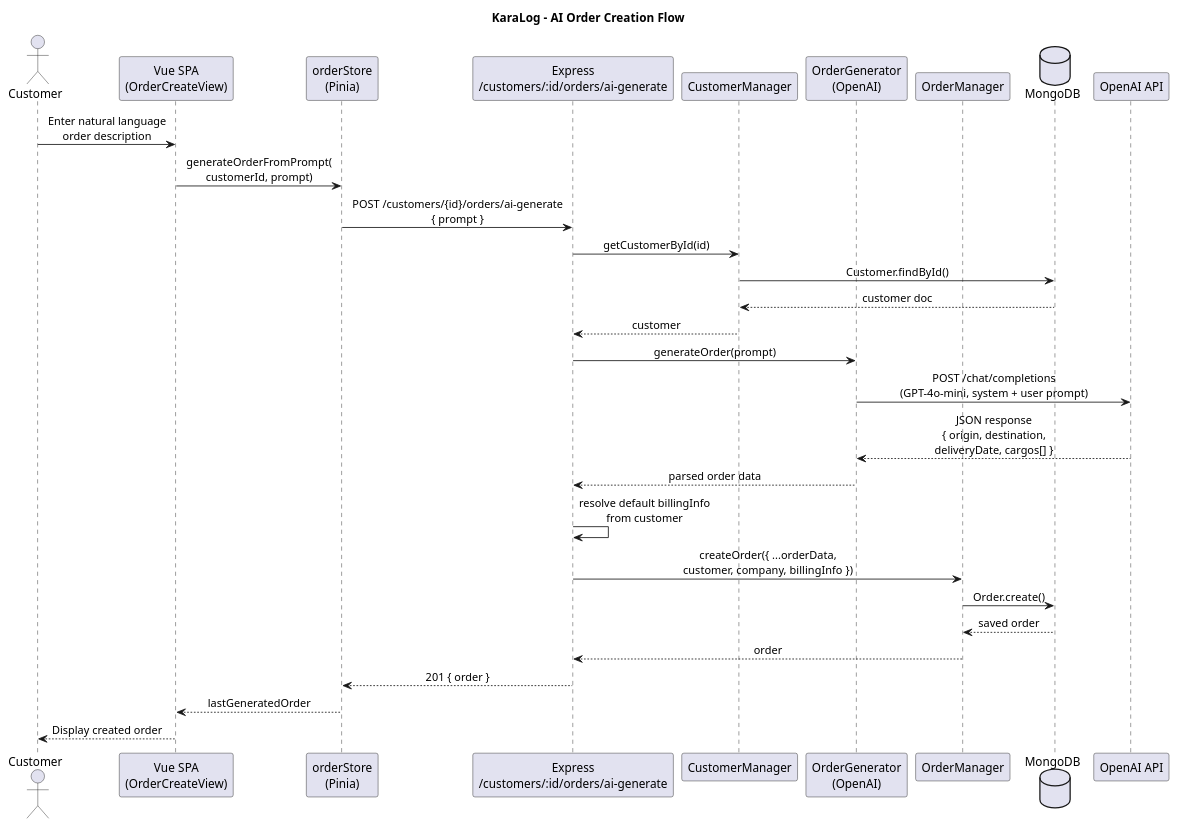
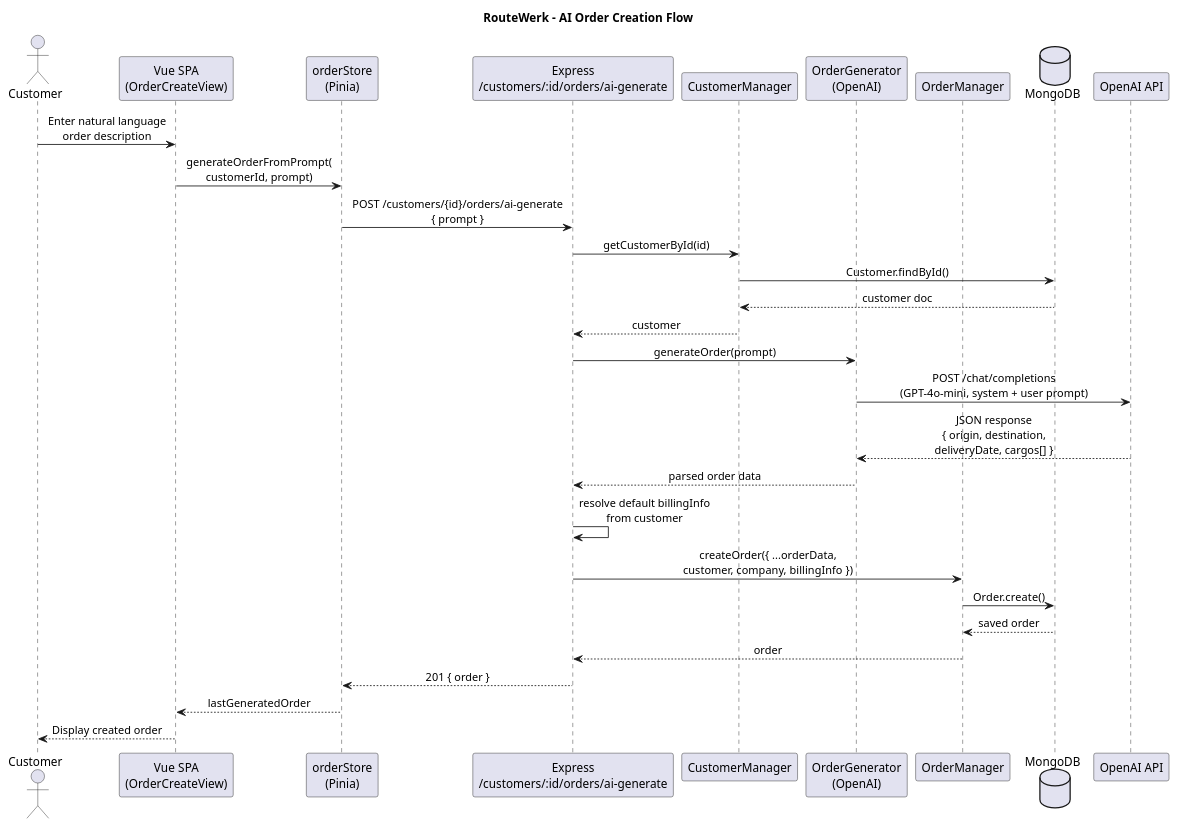
One commit to coyotiv-sose/graduation-project-AkinKaradag changed the diagram in architecture/sequence-order-ai.puml. Above: the diagram before and after it, drawn with PlantUML. The commit also changed 15 other files, not shown here.

Commit message:
Rename project references from KaraLog to RouteWerk

```diff
--- a/architecture/sequence-order-ai.puml
+++ b/architecture/sequence-order-ai.puml
@@ -1,42 +1,42 @@
 @startuml AI Order Creation Sequence
 !pragma layout smetana
 skinparam sequenceMessageAlign center
 
-title KaraLog – AI Order Creation Flow
+title RouteWerk – AI Order Creation Flow
 
 actor Customer as user
 participant "Vue SPA\n(OrderCreateView)" as frontend
 participant "orderStore\n(Pinia)" as store
 participant "Express\n/customers/:id/orders/ai-generate" as route
 participant "CustomerManager" as custMgr
 participant "OrderGenerator\n(OpenAI)" as ai
 participant "OrderManager" as ordMgr
 database "MongoDB" as db
 participant "OpenAI API" as openai
 
 user -> frontend : Enter natural language\norder description
 frontend -> store : generateOrderFromPrompt(\ncustomerId, prompt)
 store -> route : POST /customers/{id}/orders/ai-generate\n{ prompt }
 
 route -> custMgr : getCustomerById(id)
 custMgr -> db : Customer.findById()
 db --> custMgr : customer doc
 custMgr --> route : customer
 
 route -> ai : generateOrder(prompt)
 ai -> openai : POST /chat/completions\n(GPT-4o-mini, system + user prompt)
 openai --> ai : JSON response\n{ origin, destination,\ndeliveryDate, cargos[] }
 ai --> route : parsed order data
 
 route -> route : resolve default billingInfo\nfrom customer
 
 route -> ordMgr : createOrder({ ...orderData,\ncustomer, company, billingInfo })
 ordMgr -> db : Order.create()
 db --> ordMgr : saved order
 ordMgr --> route : order
 
 route --> store : 201 { order }
 store --> frontend : lastGeneratedOrder
 frontend --> user : Display created order
 
 @enduml
```
